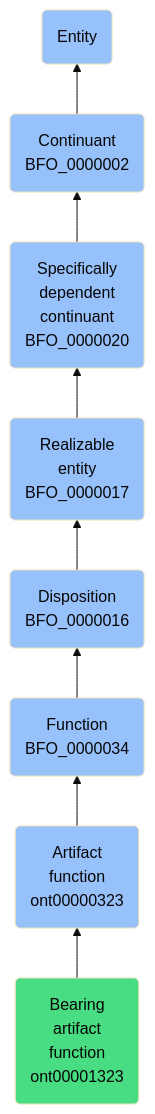
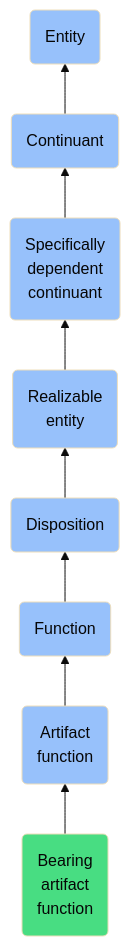
One commit to jupyter-naas/abi changed the diagram in docs/ontology/reference/model/Entity/Continuant/Specifically dependent continuant/Realizable entity/Disposition/Function/Artifact function/Bearing artifact function/Bearing artifact function.md. Above: the diagram before and after it, drawn with Mermaid (base theme). The commit also changed other lines of this file and 1430 other files, not shown here.

````diff
--- a/docs/ontology/reference/model/Entity/Continuant/Specifically dependent continuant/Realizable entity/Disposition/Function/Artifact function/Bearing artifact function/Bearing artifact function.md
+++ b/docs/ontology/reference/model/Entity/Continuant/Specifically dependent continuant/Realizable entity/Disposition/Function/Artifact function/Bearing artifact function/Bearing artifact function.md
@@ -24,15 +24,15 @@
 ```mermaid
 graph BT
-    ont00001323(Bearing<br>artifact<br>function<br>ont00001323):::ABI-->ont00000323
-    ont00000323(Artifact<br>function<br>ont00000323):::BFO-->BFO_0000034
-    BFO_0000034(Function<br>BFO_0000034):::BFO-->BFO_0000016
-    BFO_0000016(Disposition<br>BFO_0000016):::BFO-->BFO_0000017
-    BFO_0000017(Realizable<br>entity<br>BFO_0000017):::BFO-->BFO_0000020
-    BFO_0000020(Specifically<br>dependent<br>continuant<br>BFO_0000020):::BFO-->BFO_0000002
-    BFO_0000002(Continuant<br>BFO_0000002):::BFO-->BFO_0000001
+    ont00001323(Bearing<br>artifact<br>function):::ABI-->ont00000323
+    ont00000323(Artifact<br>function):::BFO-->BFO_0000034
+    BFO_0000034(Function):::BFO-->BFO_0000016
+    BFO_0000016(Disposition):::BFO-->BFO_0000017
+    BFO_0000017(Realizable<br>entity):::BFO-->BFO_0000020
+    BFO_0000020(Specifically<br>dependent<br>continuant):::BFO-->BFO_0000002
+    BFO_0000002(Continuant):::BFO-->BFO_0000001
     BFO_0000001(Entity):::BFO
     
     classDef BFO fill:#97c1fb,color:#060606
     classDef CCO fill:#e4c51e,color:#060606
     classDef ABI fill:#48DD82,color:#060606
 ```
````
